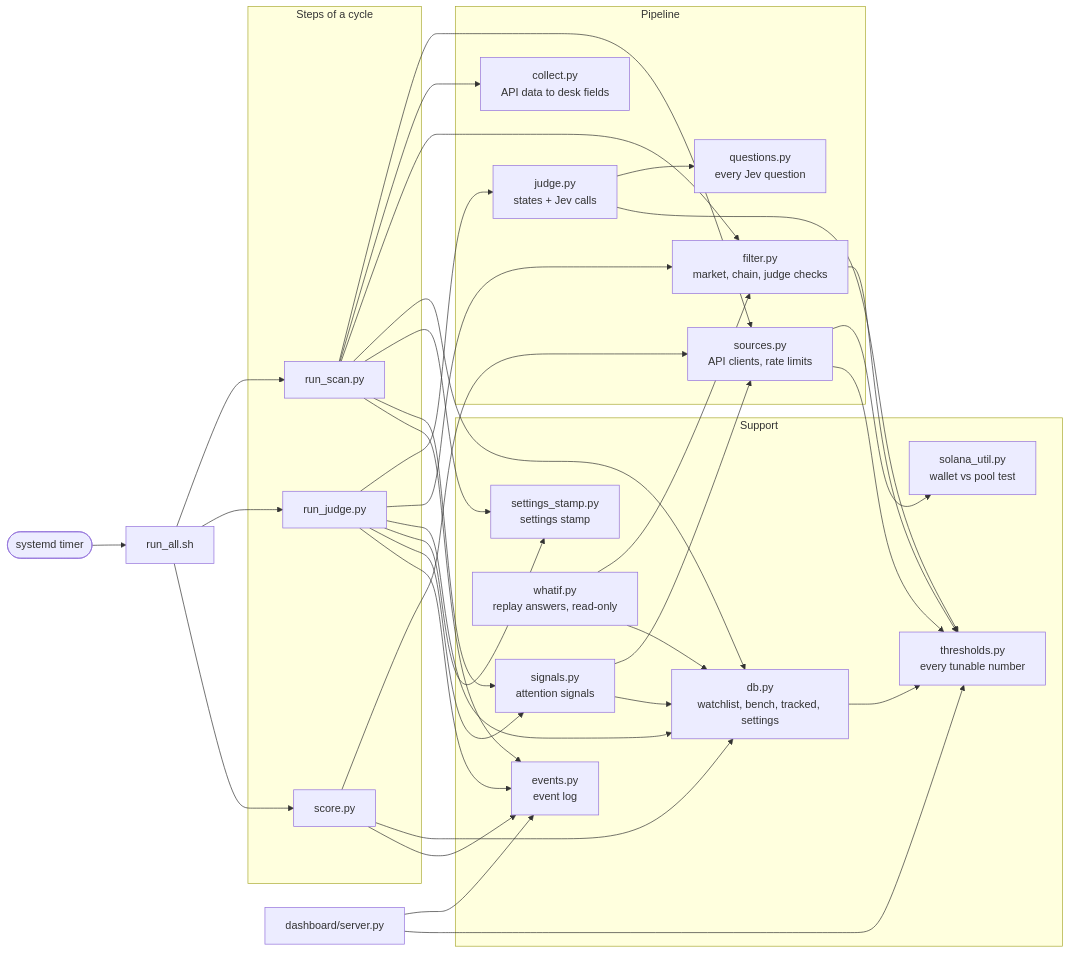
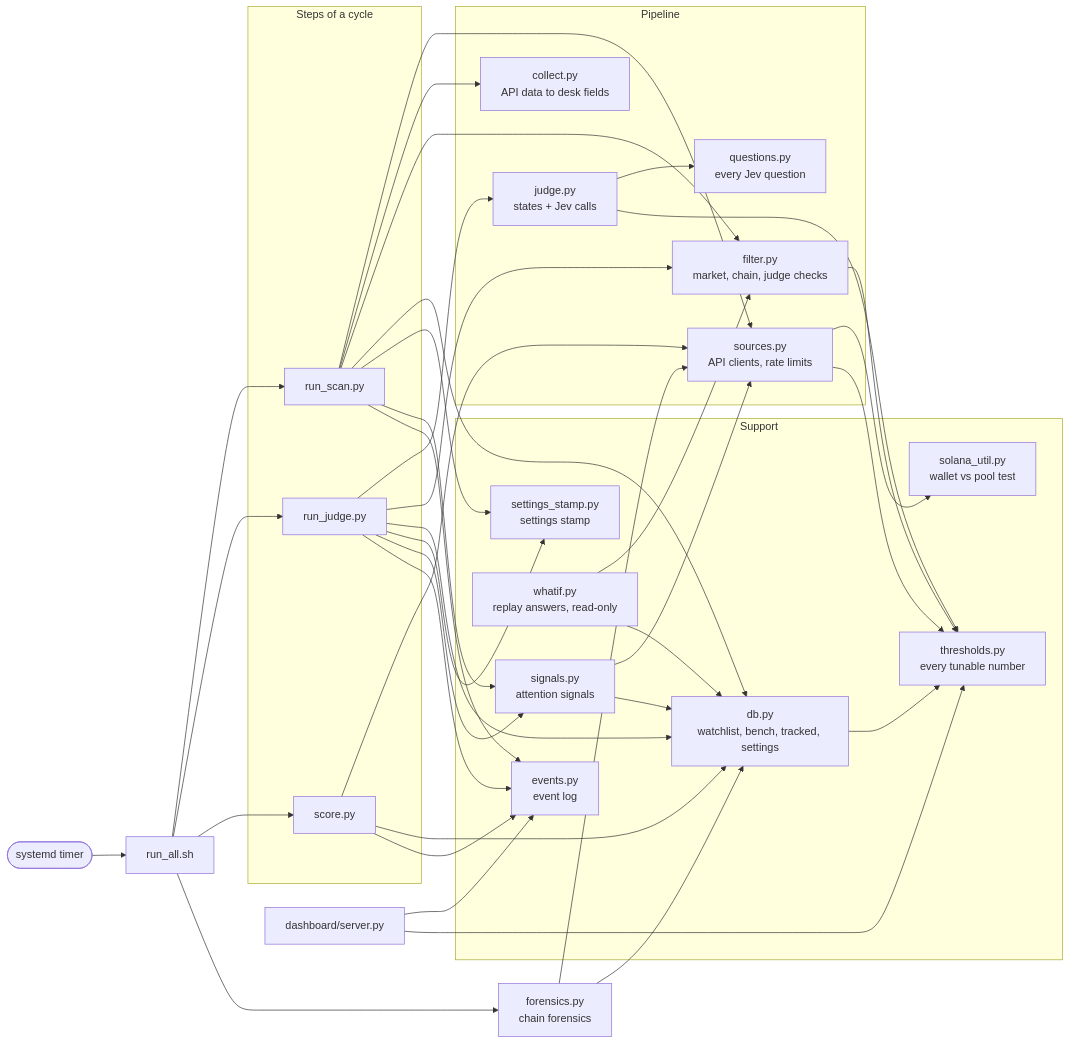
One commit to NickHammer/jev-desk changed diagram 11 of 11 in ARCHITECTURE.md. Above: the diagram before and after it, drawn with Mermaid. The commit also changed other lines of this file and 8 other files, not shown here.

First line of the commit message:
Chain forensics as the last cycle step (signals only)

````diff
--- a/ARCHITECTURE.md
+++ b/ARCHITECTURE.md
@@ -379,38 +403,40 @@
 ```mermaid
 flowchart LR
     subgraph entry["Steps of a cycle"]
         rs["run_scan.py"]
         rj["run_judge.py"]
         sc["score.py"]
     end
     subgraph core["Pipeline"]
         src["sources.py<br/>API clients, rate limits"]
         col["collect.py<br/>API data to desk fields"]
         fil["filter.py<br/>market, chain, judge checks"]
         jd["judge.py<br/>states + Jev calls"]
         qs["questions.py<br/>every Jev question"]
     end
     subgraph support["Support"]
         th["thresholds.py<br/>every tunable number"]
         ev2["events.py<br/>event log"]
         db["db.py<br/>watchlist, bench, tracked, settings"]
         st["settings_stamp.py<br/>settings stamp"]
         wi["whatif.py<br/>replay answers, read-only"]
         sg["signals.py<br/>attention signals"]
         su["solana_util.py<br/>wallet vs pool test"]
     end
     tm(["systemd timer"]) --> ra["run_all.sh"]
     ra --> rs & rj & sc
+    ra --> fo["forensics.py<br/>chain forensics"]
+    fo --> src & db
     rs --> src & col & fil & db
     rj --> jd & fil & db
     sc --> src & db
     rs & rj --> st
     wi --> fil & db
     rs & rj --> sg
     sg --> src & db
     jd --> qs
     src --> su
     src & fil & db & jd --> th
     rs & rj & sc --> ev2
     ds["dashboard/server.py"] --> ev2 & th
 ```
````
